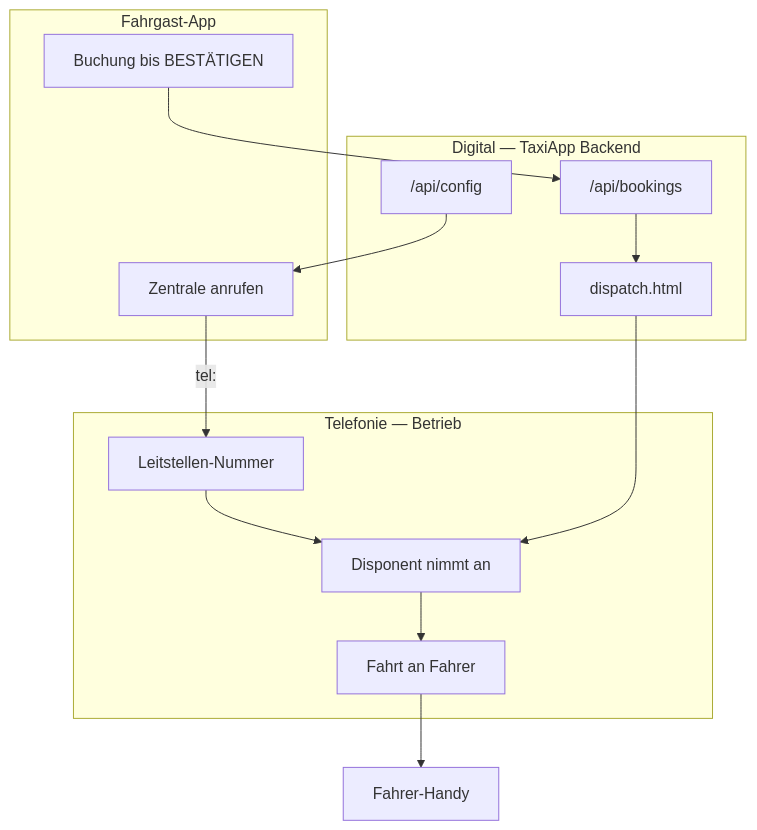
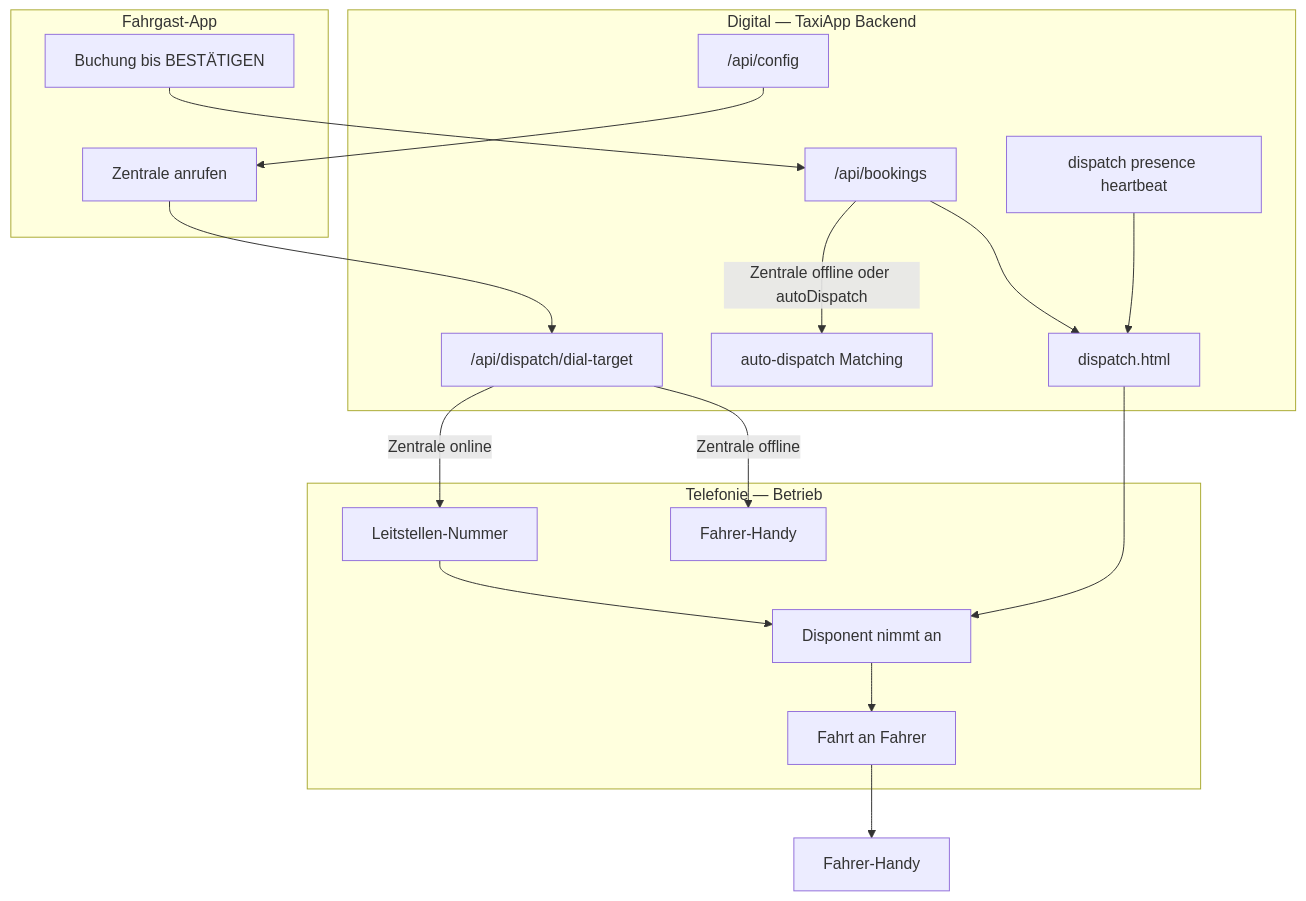
One commit to Lucky18pc/Taxi-APP changed the diagram in docs/ZENTRALE.md. Above: the diagram before and after it, drawn with Mermaid. The commit also changed other lines of this file and 14 other files, not shown here.

First line of the commit message:
Zentrale Auto/Manual und Admin-Login-Protokoll.

````diff
--- a/docs/ZENTRALE.md
+++ b/docs/ZENTRALE.md
@@ -5,29 +5,37 @@
 ```mermaid
 flowchart TB
     subgraph fahrgast [Fahrgast-App]
         CallBtn[Zentrale anrufen]
         BookFlow[Buchung bis BESTÄTIGEN]
     end
 
     subgraph telefon [Telefonie — Betrieb]
         Nummer[Leitstellen-Nummer]
         Annehmen[Disponent nimmt an]
         Weiter[Fahrt an Fahrer]
+        FahrerTel[Fahrer-Handy]
     end
 
     subgraph digital [Digital — TaxiApp Backend]
         API["/api/config"]
+        Dial["/api/dispatch/dial-target"]
         BookAPI["/api/bookings"]
+        Presence[dispatch presence heartbeat]
         Dispatch[dispatch.html]
+        Auto[auto-dispatch Matching]
     end
 
-    CallBtn -->|tel:| Nummer
+    CallBtn --> Dial
+    Dial -->|Zentrale online| Nummer
+    Dial -->|Zentrale offline| FahrerTel
     Nummer --> Annehmen
     Annehmen --> Weiter
     Weiter --> FahrerHandy[Fahrer-Handy]
 
     BookFlow --> BookAPI
+    BookAPI -->|Zentrale offline oder autoDispatch| Auto
     BookAPI --> Dispatch
+    Presence --> Dispatch
     API --> CallBtn
     Dispatch --> Annehmen
 ```
````
